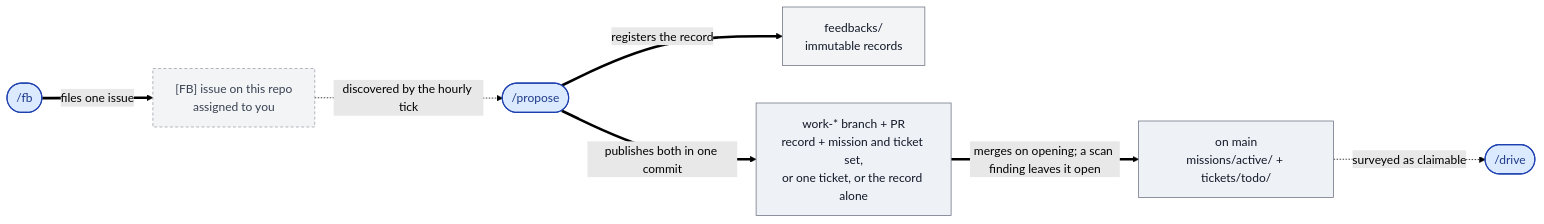
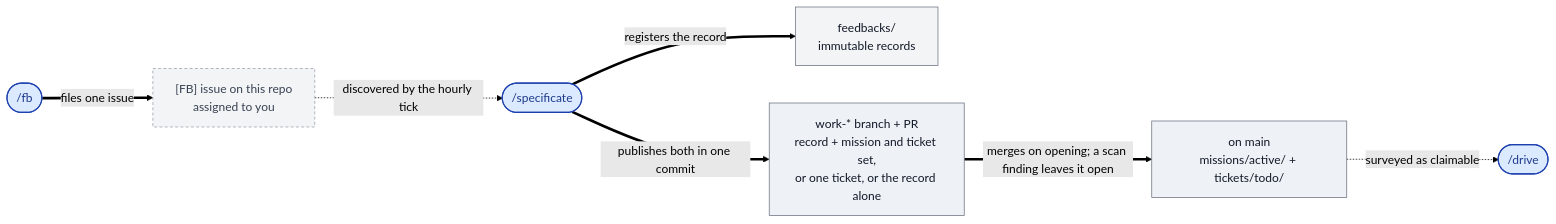
One commit to qmu/workaholic changed the third of 5 diagrams in README.md. Above: the diagram before and after it, drawn with Mermaid (forest theme). The commit also changed other lines of this file and 195 other files, not shown here.

````diff
--- a/README.md
+++ b/README.md
@@ -271,27 +271,27 @@
 ```mermaid
 flowchart LR
   feedback(["/fb"])
-  propose(["/propose"])
+  specificate(["/specificate"])
   drive(["/drive"])
 
   ISSUE["[FB] issue on this repo<br/>assigned to you"]
   FBK["feedbacks/<br/>immutable records"]
   PROP["work-* branch + PR<br/>record + mission and ticket set,<br/>or one ticket, or the record alone"]
   ACTIVE["on main<br/>missions/active/ + tickets/todo/"]
 
   feedback ==>|files one issue| ISSUE
-  ISSUE -.->|discovered by the hourly tick| propose
-  propose ==>|registers the record| FBK
-  propose ==>|publishes both in one commit| PROP
+  ISSUE -.->|discovered by the hourly tick| specificate
+  specificate ==>|registers the record| FBK
+  specificate ==>|publishes both in one commit| PROP
   PROP ==>|merges on opening; a scan finding leaves it open| ACTIVE
   ACTIVE -.->|surveyed as claimable| drive
 
   classDef cmd fill:#dbeafe,stroke:#1e40af,stroke-width:1.5px,color:#1e3a8a;
   classDef state fill:#eef1f6,stroke:#6b7280,color:#111827;
   classDef art fill:#f3f4f6,stroke:#6b7280,color:#111827;
-  class feedback,propose,drive cmd;
+  class feedback,specificate,drive cmd;
   class PROP,ACTIVE state;
   class FBK art;
   class ISSUE ext;
   classDef ext fill:#f3f4f6,stroke:#9aa0aa,stroke-dasharray:4 3,color:#374151;
 ```
````
